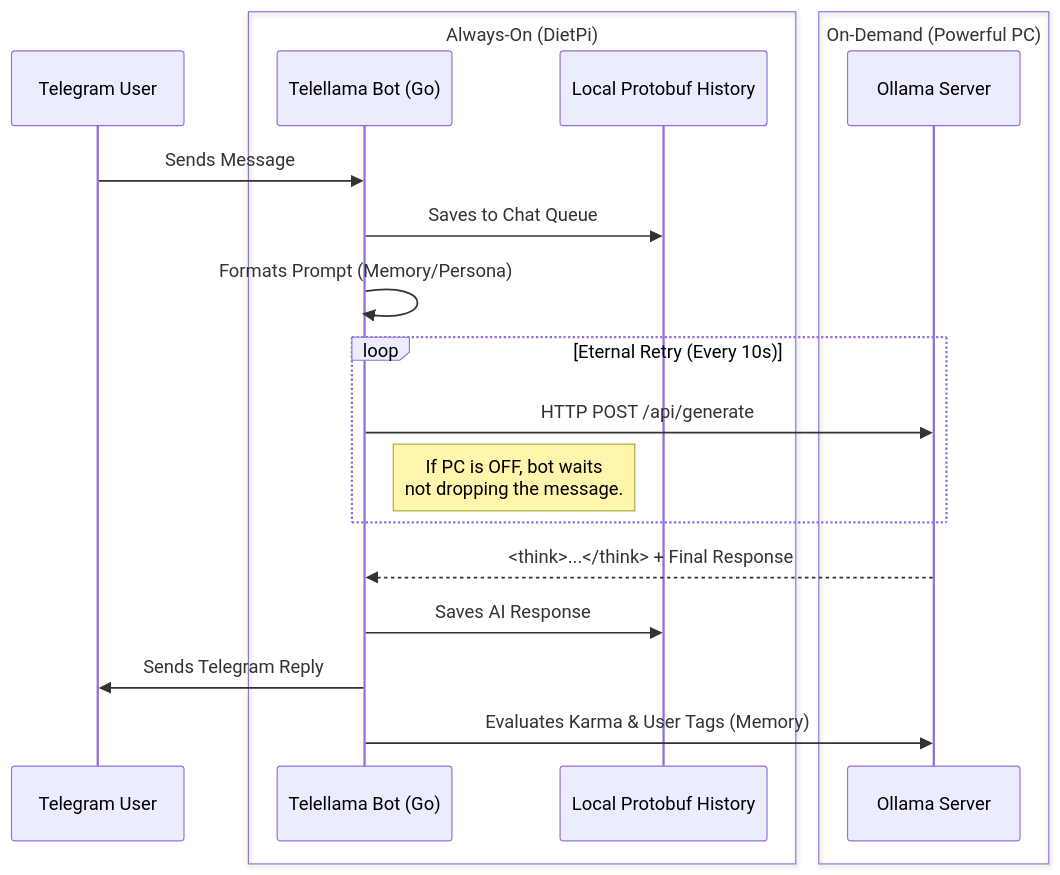
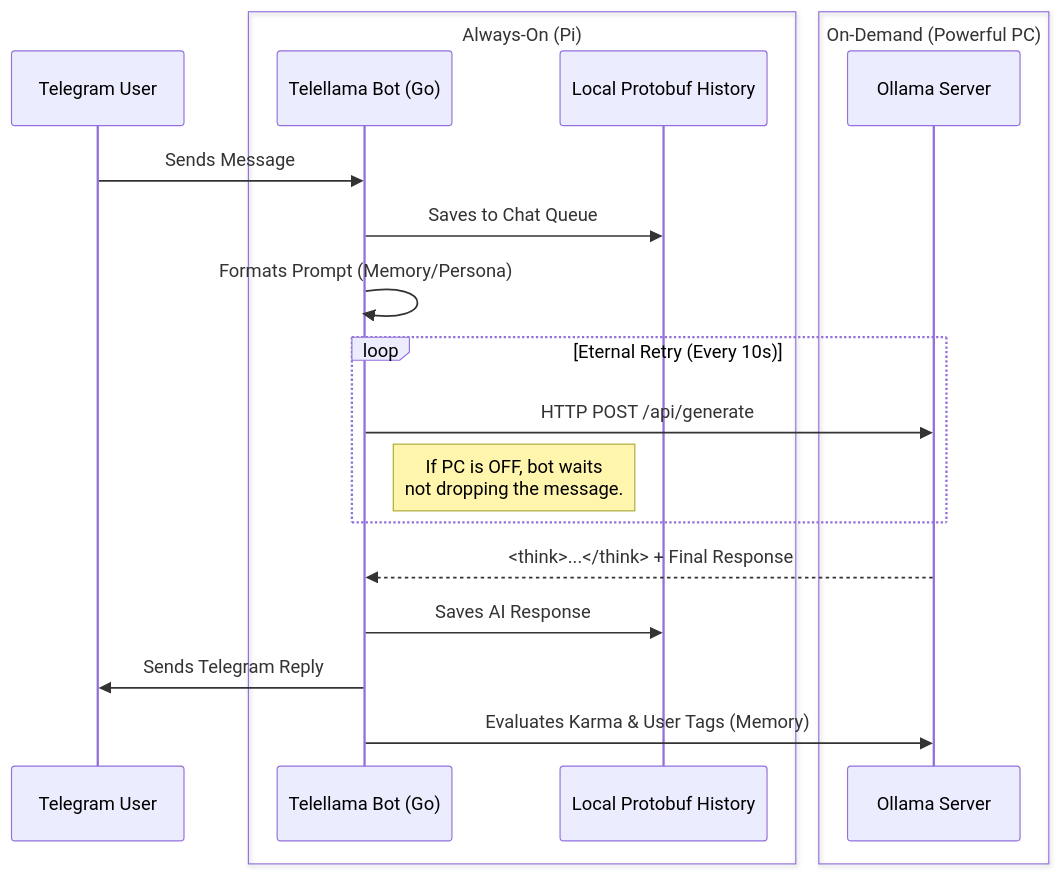
The diagram in README.md (vadimfedulov101/tg-llm-multibot), drawn with Mermaid before and after one commit. The commit also changed other lines of this file and 1 other file, not shown here.

````diff
--- a/README.md
+++ b/README.md
@@ -16,23 +16,23 @@
 ```mermaid
 sequenceDiagram
     participant U as Telegram User
-    box Always-On (DietPi)
+    box Always-On (Pi)
         participant B as Telellama Bot (Go)
         participant Q as Local Protobuf History
     end
     box On-Demand (Powerful PC)
         participant O as Ollama Server
     end
 
     U->>B: Sends Message
     B->>Q: Saves to Chat Queue
     B->>B: Formats Prompt (Memory/Persona)
     loop Eternal Retry (Every 10s)
         B->>O: HTTP POST /api/generate
         note right of B: If PC is OFF, bot waits<br/>not dropping the message.
     end
     O-->>B: <think>...</think> + Final Response
     B->>Q: Saves AI Response
     B->>U: Sends Telegram Reply
     B->>O: Evaluates Karma & User Tags (Memory)
 ```
````
